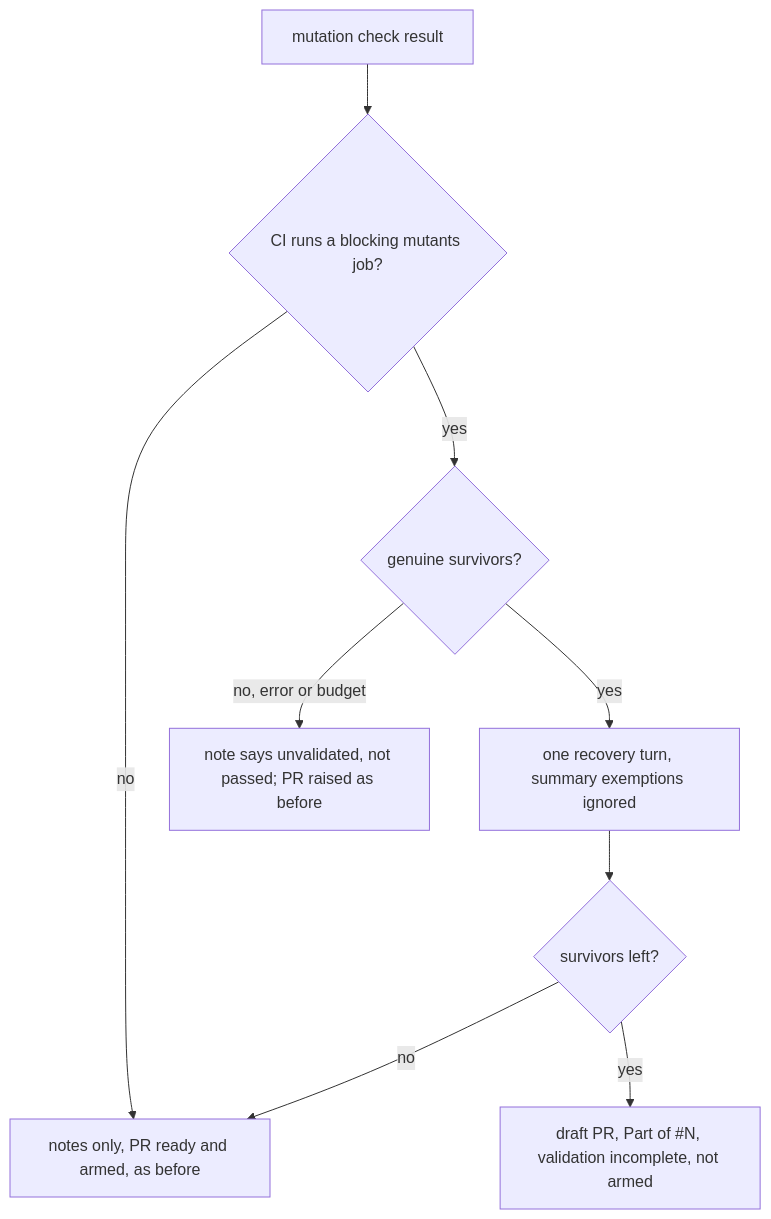
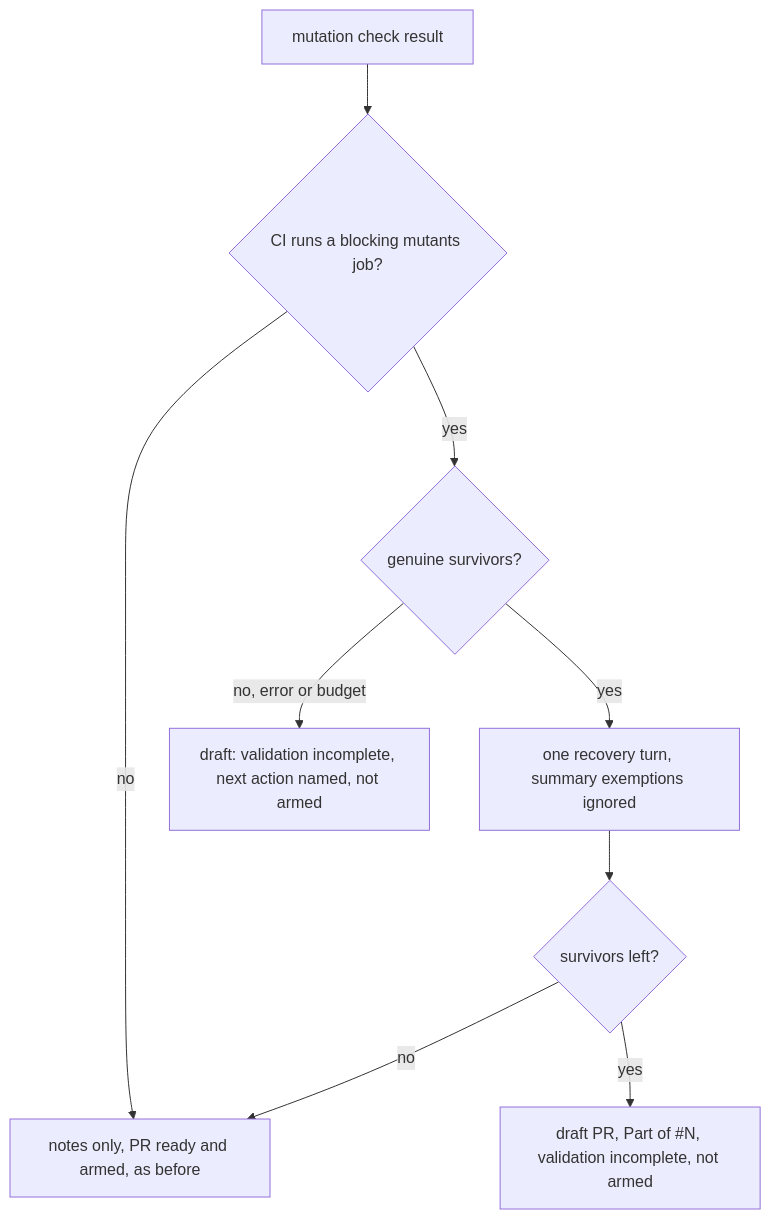
Before and after one commit to stSoftwareAU/VibeCoder: the diagram in docs/archive/pr-summaries/pr-summary-4617.md, drawn with Mermaid. The commit also changed other lines of this file and 1 other file, not shown here.

Commit message:
Describe the held-validation, deferral-draft and CI-flag changes in the summary and docs (Issue #4617)

````diff
--- a/docs/archive/pr-summaries/pr-summary-4617.md
+++ b/docs/archive/pr-summaries/pr-summary-4617.md
@@ -15,11 +21,11 @@
 ```mermaid
 flowchart TD
     R[mutation check result] --> C{CI runs a blocking mutants job?}
     C -- no --> N[notes only, PR ready and armed, as before]
     C -- yes --> S{genuine survivors?}
-    S -- no, error or budget --> W[note says unvalidated, not passed; PR raised as before]
+    S -- no, error or budget --> W[draft: validation incomplete, next action named, not armed]
     S -- yes --> T[one recovery turn, summary exemptions ignored]
     T --> K{survivors left?}
     K -- no --> N
     K -- yes --> D[draft PR, Part of #N, validation incomplete, not armed]
 ```
````
